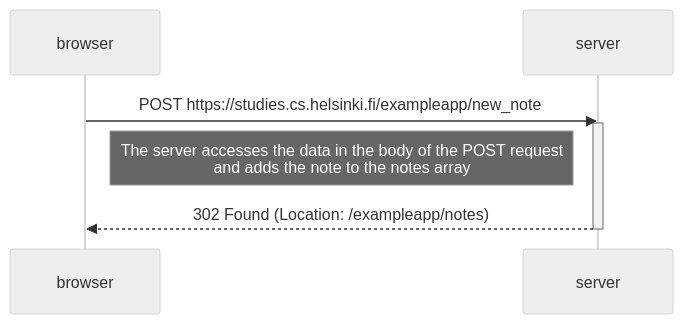
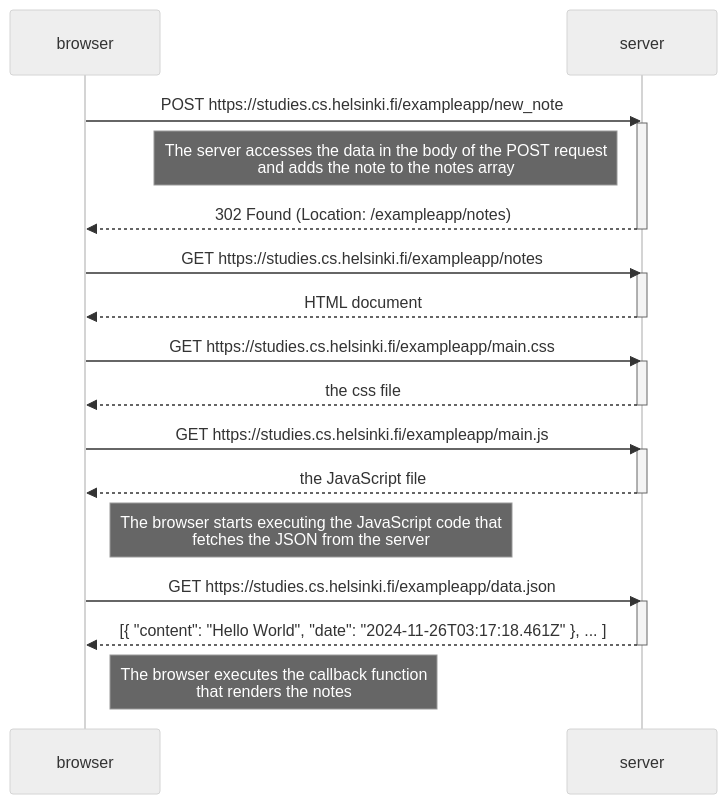
Before and after one commit to igalilea/fullstackopen: the diagram in part0/exercise_04.md, drawn with Mermaid (neutral theme).

Commit message:
Complete diagram

`````diff
--- a/part0/exercise_04.md
+++ b/part0/exercise_04.md
@@ -1,11 +1,35 @@
 ```mermaid
 sequenceDiagram
     participant browser
     participant server
 
     browser->>server: POST https://studies.cs.helsinki.fi/exampleapp/new_note
     activate server
      Note left of server: The server accesses the data in the body of the POST request <br/>and adds the note to the notes array
     server-->>browser: 302 Found (Location: /exampleapp/notes)
     deactivate server
+
+    browser->>server: GET https://studies.cs.helsinki.fi/exampleapp/notes
+    activate server
+    server-->>browser: HTML document
+    deactivate server
+
+    browser->>server: GET https://studies.cs.helsinki.fi/exampleapp/main.css
+    activate server
+    server-->>browser: the css file
+    deactivate server
+
+    browser->>server: GET https://studies.cs.helsinki.fi/exampleapp/main.js
+    activate server
+    server-->>browser: the JavaScript file
+    deactivate server
+
+    Note right of browser: The browser starts executing the JavaScript code that <br/>fetches the JSON from the server
+
+    browser->>server: GET https://studies.cs.helsinki.fi/exampleapp/data.json
+    activate server
+    server-->>browser: [{ "content": "Hello World", "date": "2024-11-26T03:17:18.461Z" }, ... ]
+    deactivate server
+
+    Note right of browser: The browser executes the callback function <br/>that renders the notes
 ````
`````
